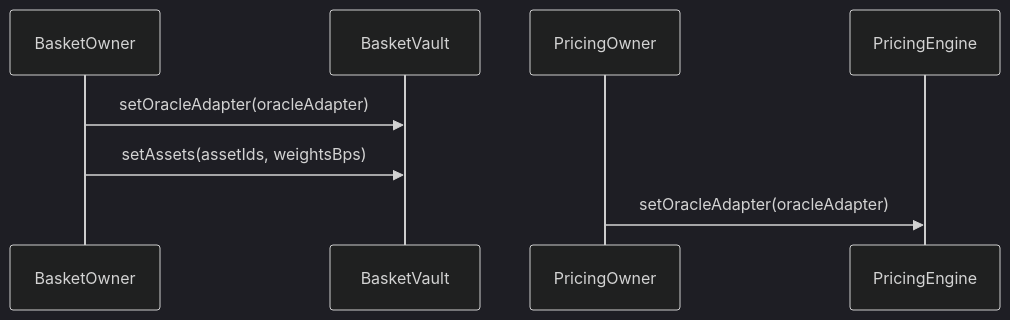
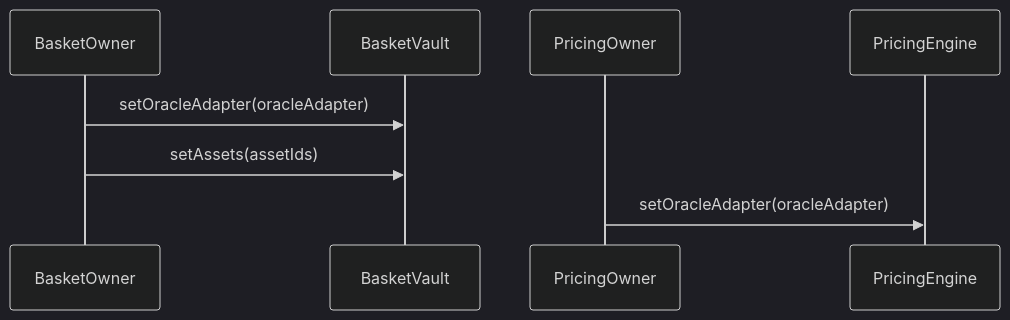
Before and after one commit to reubenr0d/indexflow-prototype: the second of 10 diagrams in docs/PRICE_FEED_FLOW.md, drawn with Mermaid (dark theme). The commit also changed other lines of this file and 37 other files, not shown here.

````diff
--- a/docs/PRICE_FEED_FLOW.md
+++ b/docs/PRICE_FEED_FLOW.md
@@ -62,12 +62,12 @@
 ```mermaid
 sequenceDiagram
   participant BO as BasketOwner
   participant BV as BasketVault
   participant PO as PricingOwner
   participant PE as PricingEngine
 
   BO->>BV: setOracleAdapter(oracleAdapter)
-  BO->>BV: setAssets(assetIds, weightsBps)
+  BO->>BV: setAssets(assetIds)
 
   PO->>PE: setOracleAdapter(oracleAdapter)
 ```
````
